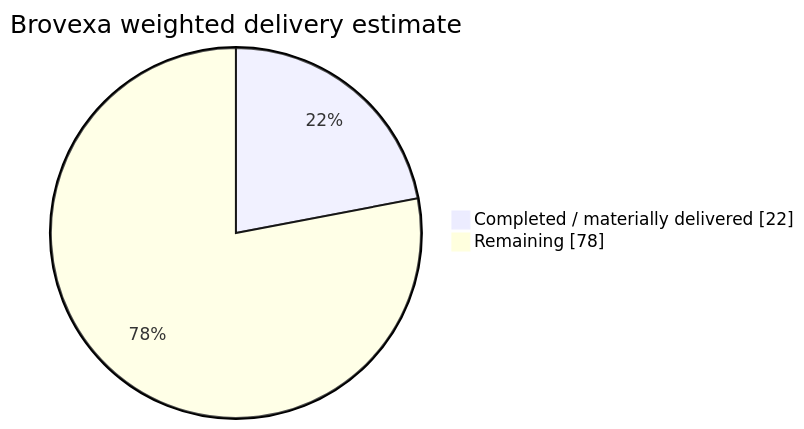
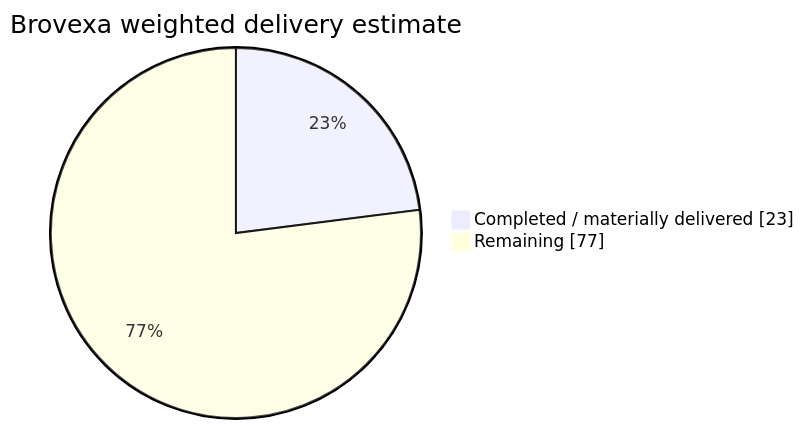
The diagram in README.md (Vertex-Systems-Network/brovexa), drawn with Mermaid before and after one commit. The commit also changed other lines of this file, not shown here.

````diff
--- a/README.md
+++ b/README.md
@@ -17,6 +17,6 @@
 ```mermaid
 pie showData
     title Brovexa weighted delivery estimate
-    "Completed / materially delivered" : 22
-    "Remaining" : 78
+    "Completed / materially delivered" : 23
+    "Remaining" : 77
 ```
````
